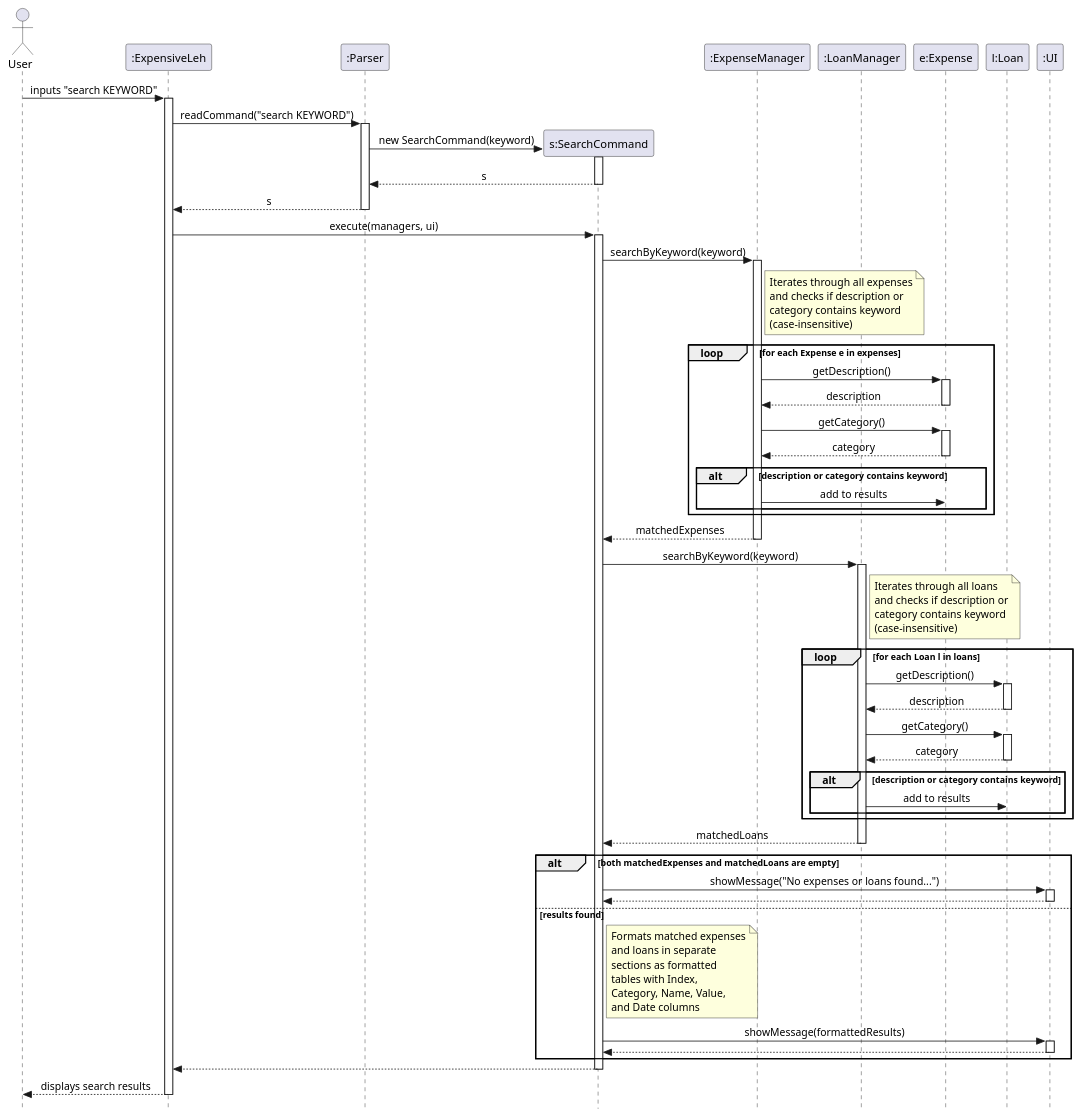
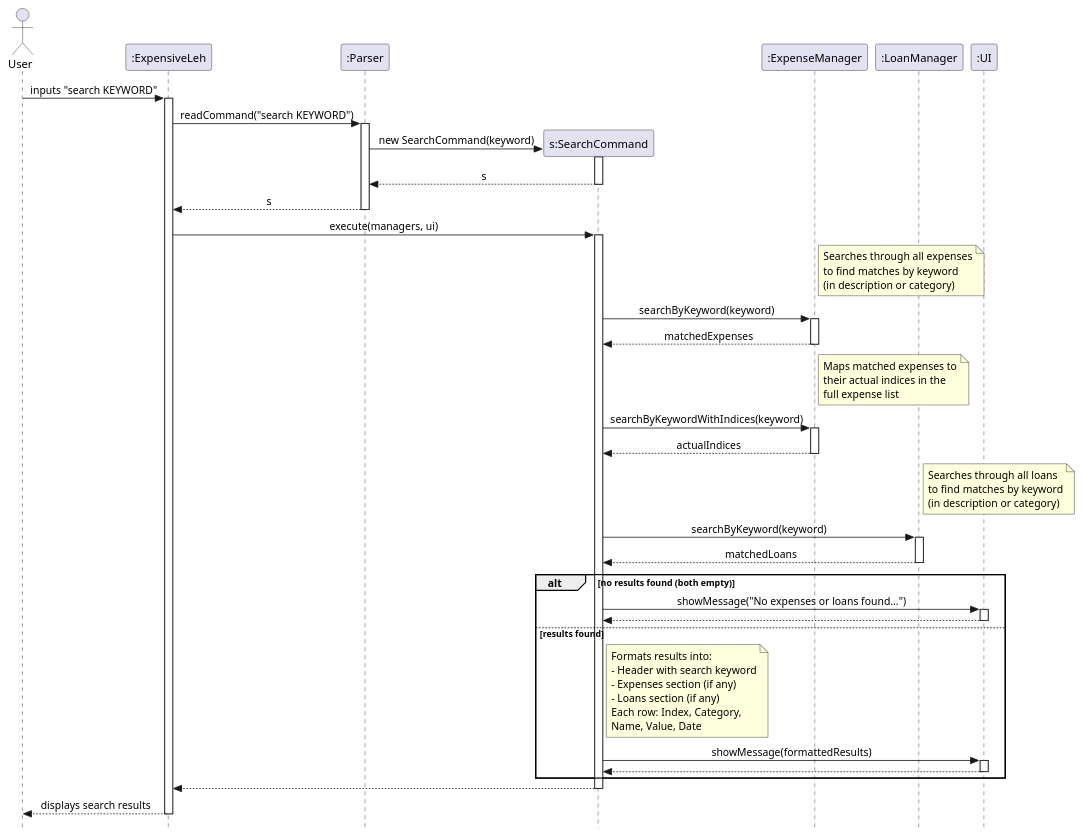
The diagram in docs/Diagrams/SearchCommandDiagram.puml (ZhangYize2003/tp), drawn with PlantUML before and after one commit.

Commit message:
Simplified search command diagram

```diff
--- a/docs/Diagrams/SearchCommandDiagram.puml
+++ b/docs/Diagrams/SearchCommandDiagram.puml
@@ -1,118 +1,91 @@
 @startuml SearchCommandSequenceDiagram
 skinparam Style strictuml
 skinparam SequenceMessageAlignment center
 
 actor User
 participant ":ExpensiveLeh" as Main
 participant ":Parser" as Parser
 participant "s:SearchCommand" as SearchCommand
 participant ":ExpenseManager" as ExpenseManager
 participant ":LoanManager" as LoanManager
-participant "e:Expense" as Expense
-participant "l:Loan" as Loan
 participant ":UI" as UI
 
 User -> Main : inputs "search KEYWORD"
 activate Main
 
 Main -> Parser : readCommand("search KEYWORD")
 activate Parser
 
 create SearchCommand
 Parser -> SearchCommand : new SearchCommand(keyword)
 activate SearchCommand
 SearchCommand --> Parser : s
 deactivate SearchCommand
 
 Parser --> Main : s
 deactivate Parser
 
 Main -> SearchCommand : execute(managers, ui)
 activate SearchCommand
 
+note right of ExpenseManager
+    Searches through all expenses
+    to find matches by keyword
+    (in description or category)
+end note
+
 SearchCommand -> ExpenseManager : searchByKeyword(keyword)
 activate ExpenseManager
-
-note right of ExpenseManager
-    Iterates through all expenses
-    and checks if description or
-    category contains keyword
-    (case-insensitive)
-end note
-
-loop for each Expense e in expenses
-    ExpenseManager -> Expense : getDescription()
-    activate Expense
-    Expense --> ExpenseManager : description
-    deactivate Expense
-
-    ExpenseManager -> Expense : getCategory()
-    activate Expense
-    Expense --> ExpenseManager : category
-    deactivate Expense
-
-    alt description or category contains keyword
-        ExpenseManager -> Expense : add to results
-    end
-end
-
 ExpenseManager --> SearchCommand : matchedExpenses
 deactivate ExpenseManager
 
+note right of ExpenseManager
+    Maps matched expenses to
+    their actual indices in the
+    full expense list
+end note
+
+SearchCommand -> ExpenseManager : searchByKeywordWithIndices(keyword)
+activate ExpenseManager
+ExpenseManager --> SearchCommand : actualIndices
+deactivate ExpenseManager
+
+note right of LoanManager
+    Searches through all loans
+    to find matches by keyword
+    (in description or category)
+end note
+
 SearchCommand -> LoanManager : searchByKeyword(keyword)
 activate LoanManager
-
-note right of LoanManager
-    Iterates through all loans
-    and checks if description or
-    category contains keyword
-    (case-insensitive)
-end note
-
-loop for each Loan l in loans
-    LoanManager -> Loan : getDescription()
-    activate Loan
-    Loan --> LoanManager : description
-    deactivate Loan
-
-    LoanManager -> Loan : getCategory()
-    activate Loan
-    Loan --> LoanManager : category
-    deactivate Loan
-
-    alt description or category contains keyword
-        LoanManager -> Loan : add to results
-    end
-end
-
 LoanManager --> SearchCommand : matchedLoans
 deactivate LoanManager
 
-alt both matchedExpenses and matchedLoans are empty
+alt no results found (both empty)
     SearchCommand -> UI : showMessage("No expenses or loans found...")
     activate UI
     UI --> SearchCommand
     deactivate UI
 else results found
     note right of SearchCommand
-        Formats matched expenses
-        and loans in separate
-        sections as formatted
-        tables with Index,
-        Category, Name, Value,
-        and Date columns
+        Formats results into:
+        - Header with search keyword
+        - Expenses section (if any)
+        - Loans section (if any)
+        Each row: Index, Category,
+        Name, Value, Date
     end note
 
     SearchCommand -> UI : showMessage(formattedResults)
     activate UI
     UI --> SearchCommand
     deactivate UI
 end
 
 SearchCommand --> Main
 deactivate SearchCommand
 
 Main --> User : displays search results
 deactivate Main
 
 @enduml
```
